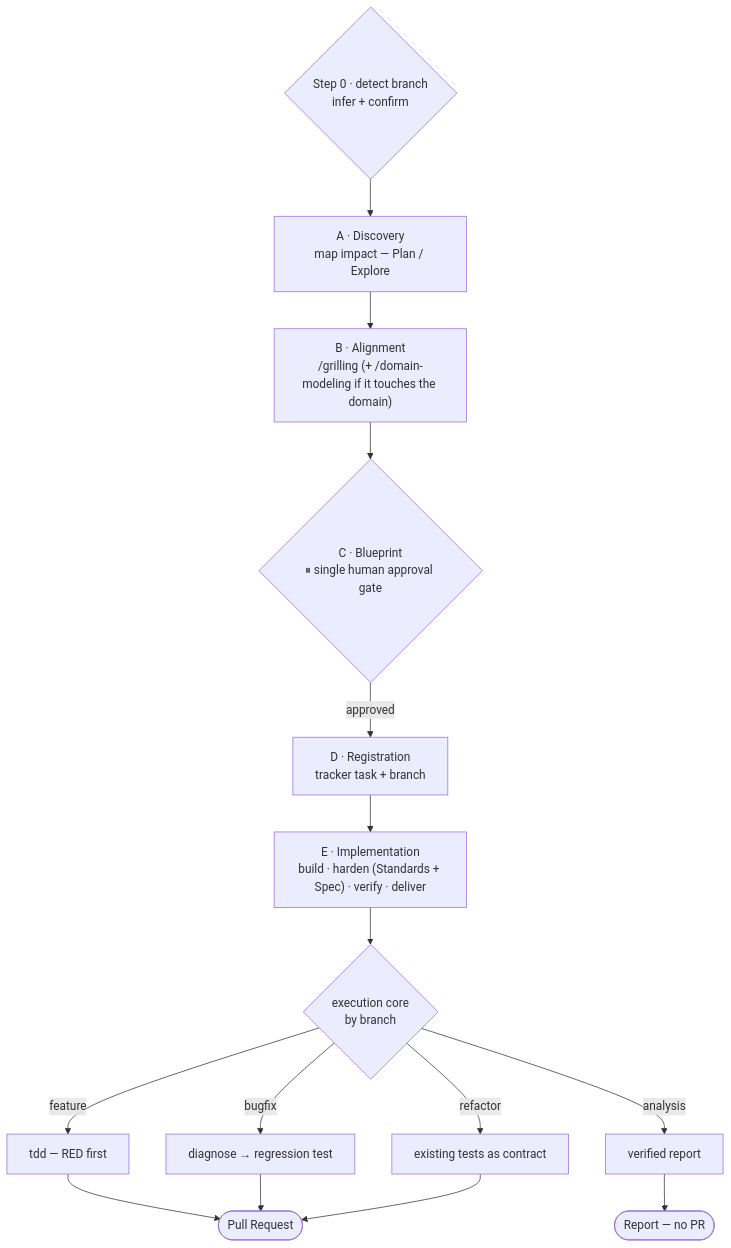
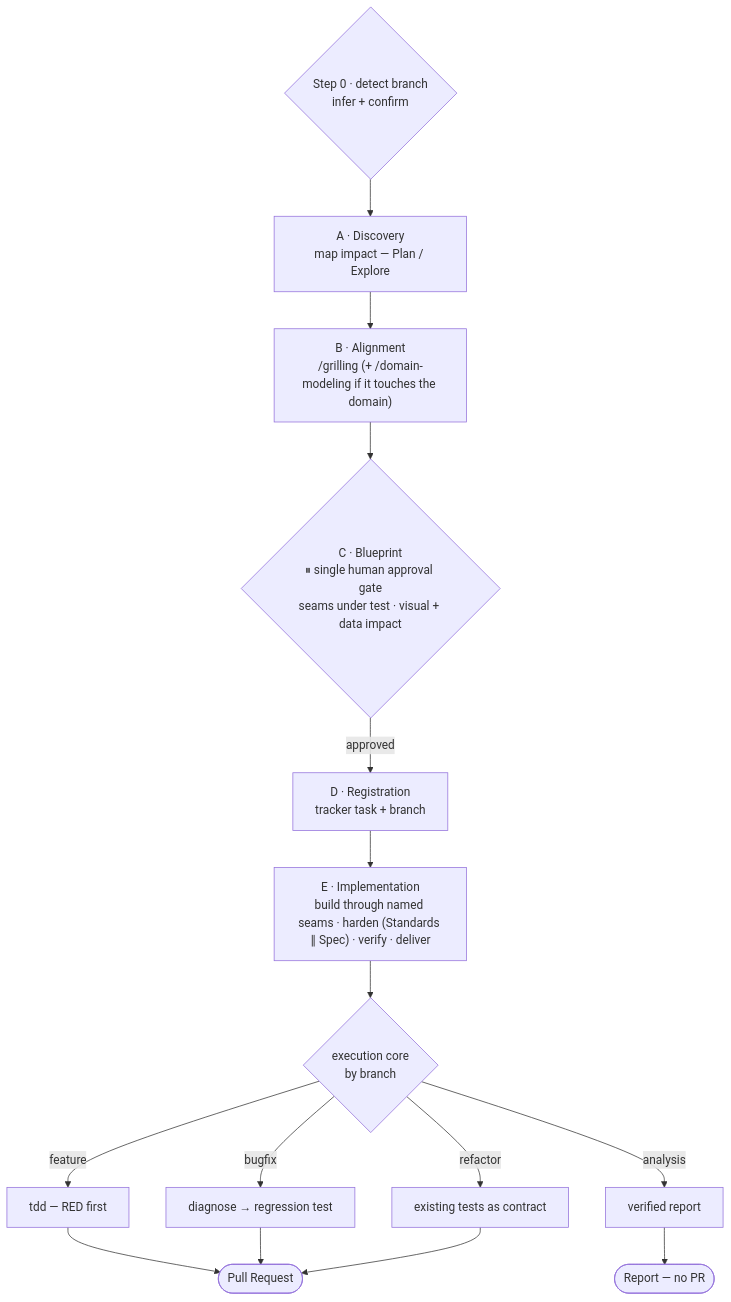
The diagram in README.md (pabloleonalcaide/development-skills), drawn with Mermaid before and after one commit. The commit also changed other lines of this file and 5 other files, not shown here.

First line of the commit message:
develop: seams under test, convention-driven registration, parallel two-axis review

````diff
--- a/README.md
+++ b/README.md
@@ -13,18 +13,18 @@
 ```mermaid
 flowchart TD
     S0{"Step 0 · detect branch<br/>infer + confirm"}
     S0 --> A["A · Discovery<br/>map impact — Plan / Explore"]
     A --> B["B · Alignment<br/>/grilling (+ /domain-modeling if it touches the domain)"]
-    B --> C{"C · Blueprint<br/>⏸ single human approval gate"}
+    B --> C{"C · Blueprint<br/>⏸ single human approval gate<br/>seams under test · visual + data impact"}
     C -->|approved| D["D · Registration<br/>tracker task + branch"]
-    D --> E["E · Implementation<br/>build · harden (Standards + Spec) · verify · deliver"]
+    D --> E["E · Implementation<br/>build through named seams · harden (Standards ∥ Spec) · verify · deliver"]
     E --> K{"execution core<br/>by branch"}
     K -->|feature| F["tdd — RED first"]
     K -->|bugfix| G["diagnose → regression test"]
     K -->|refactor| H["existing tests as contract"]
     K -->|analysis| I["verified report"]
     F --> PR([Pull Request])
     G --> PR
     H --> PR
     I --> REP([Report — no PR])
 ```
````
